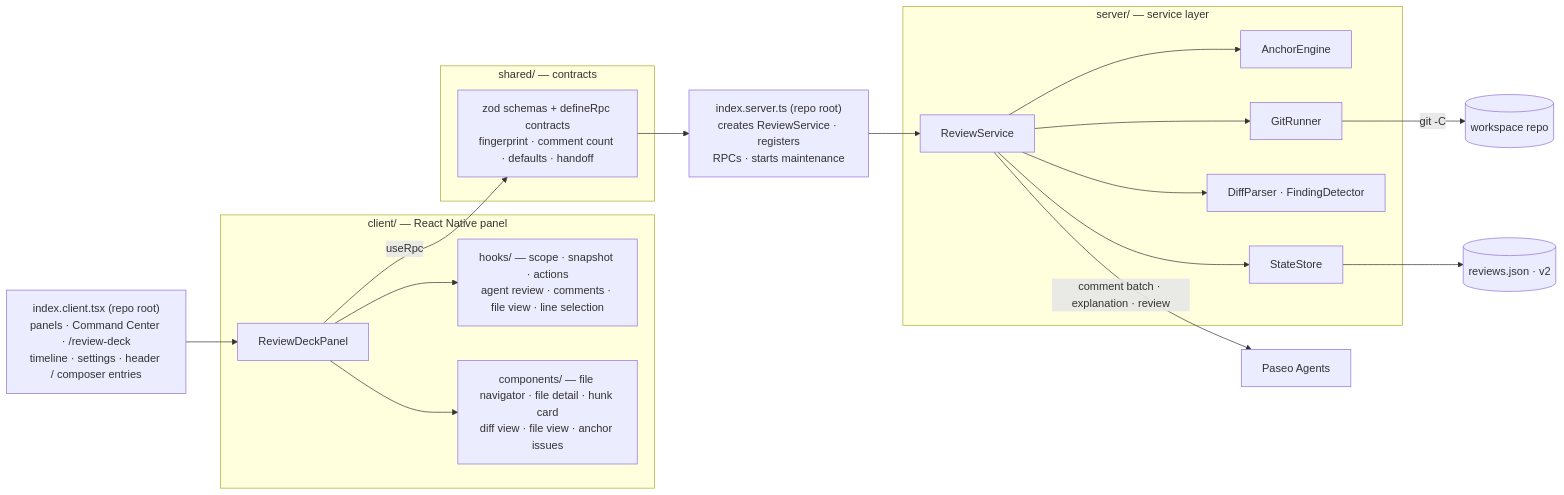
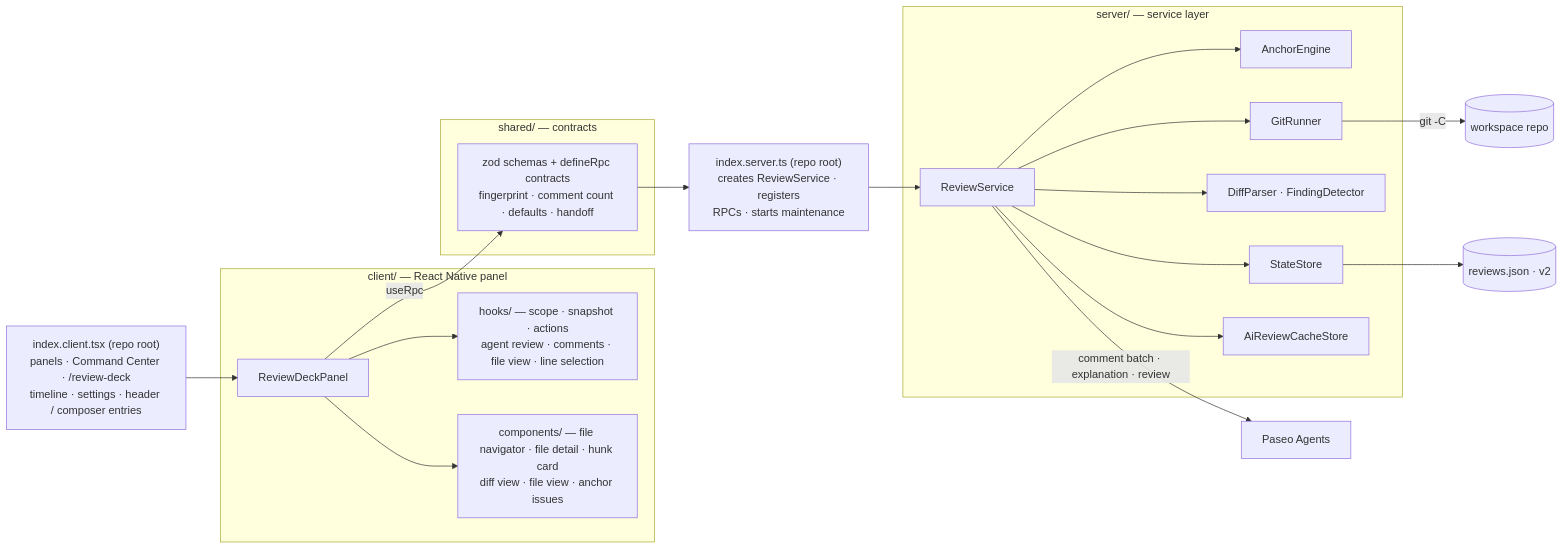
The second of 2 diagrams in README.md (mentalfl0w/review-deck), drawn with Mermaid before and after one commit. The commit also changed other lines of this file and 21 other files, not shown here.

````diff
--- a/README.md
+++ b/README.md
@@ -55,40 +55,42 @@
 ```mermaid
 flowchart LR
     subgraph panel["client/ — React Native panel"]
         Panel["ReviewDeckPanel"]
         Hooks["hooks/ — scope · snapshot · actions<br/>agent review · comments · file view · line selection"]
         UI["components/ — file navigator · file detail · hunk card<br/>diff view · file view · anchor issues"]
         Panel --> Hooks
         Panel --> UI
     end
 
     subgraph shared["shared/ — contracts"]
         RPC["zod schemas + defineRpc contracts<br/>fingerprint · comment count · defaults · handoff"]
     end
 
     subgraph server["server/ — service layer"]
         Svc["ReviewService"]
         Anchor["AnchorEngine"]
         Git["GitRunner"]
         Parse["DiffParser · FindingDetector"]
         Store["StateStore"]
+        AiCache["AiReviewCacheStore"]
         Svc --> Anchor
         Svc --> Git
         Svc --> Parse
         Svc --> Store
+        Svc --> AiCache
     end
 
     ClientEntry["index.client.tsx (repo root)<br/>panels · Command Center · /review-deck<br/>timeline · settings · header / composer entries"]
     ServerEntry["index.server.ts (repo root)<br/>creates ReviewService · registers<br/>RPCs · starts maintenance"]
     Agents["Paseo Agents"]
     Repo[("workspace repo")]
     State[("reviews.json · v2")]
 
     ClientEntry --> Panel
     Panel -- "useRpc" --> RPC
     RPC --> ServerEntry
     ServerEntry --> Svc
     Git -- "git -C <cwd>" --> Repo
     Store --> State
     Svc -- "comment batch · explanation · review" --> Agents
 ```
````
